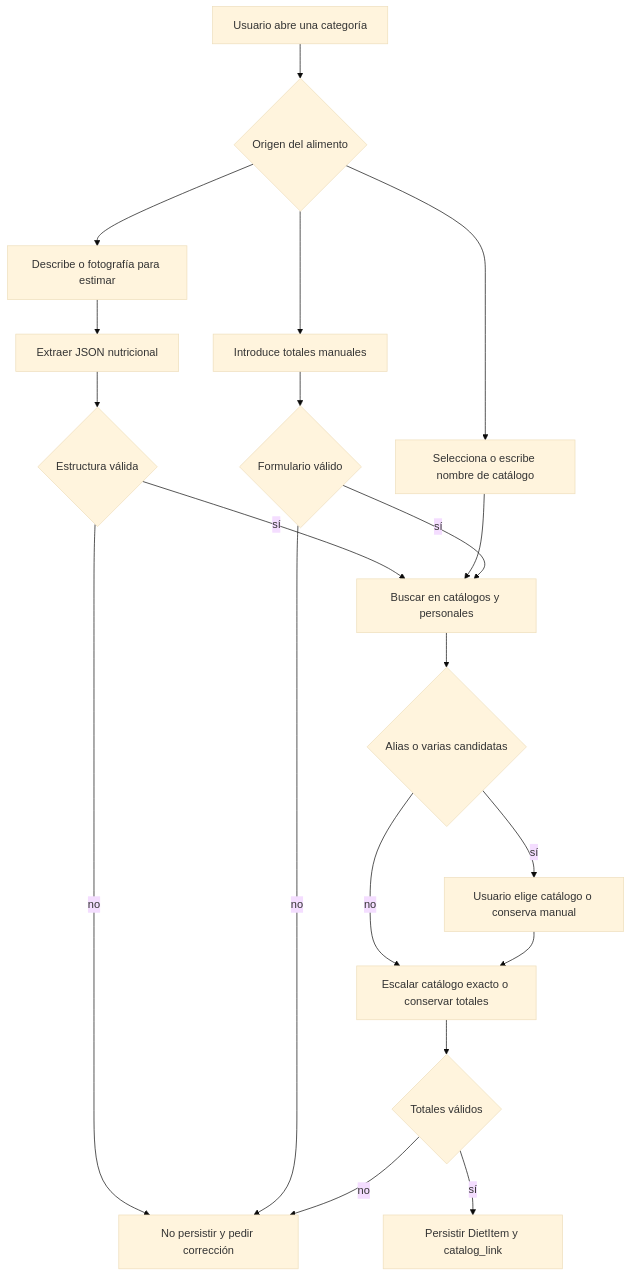
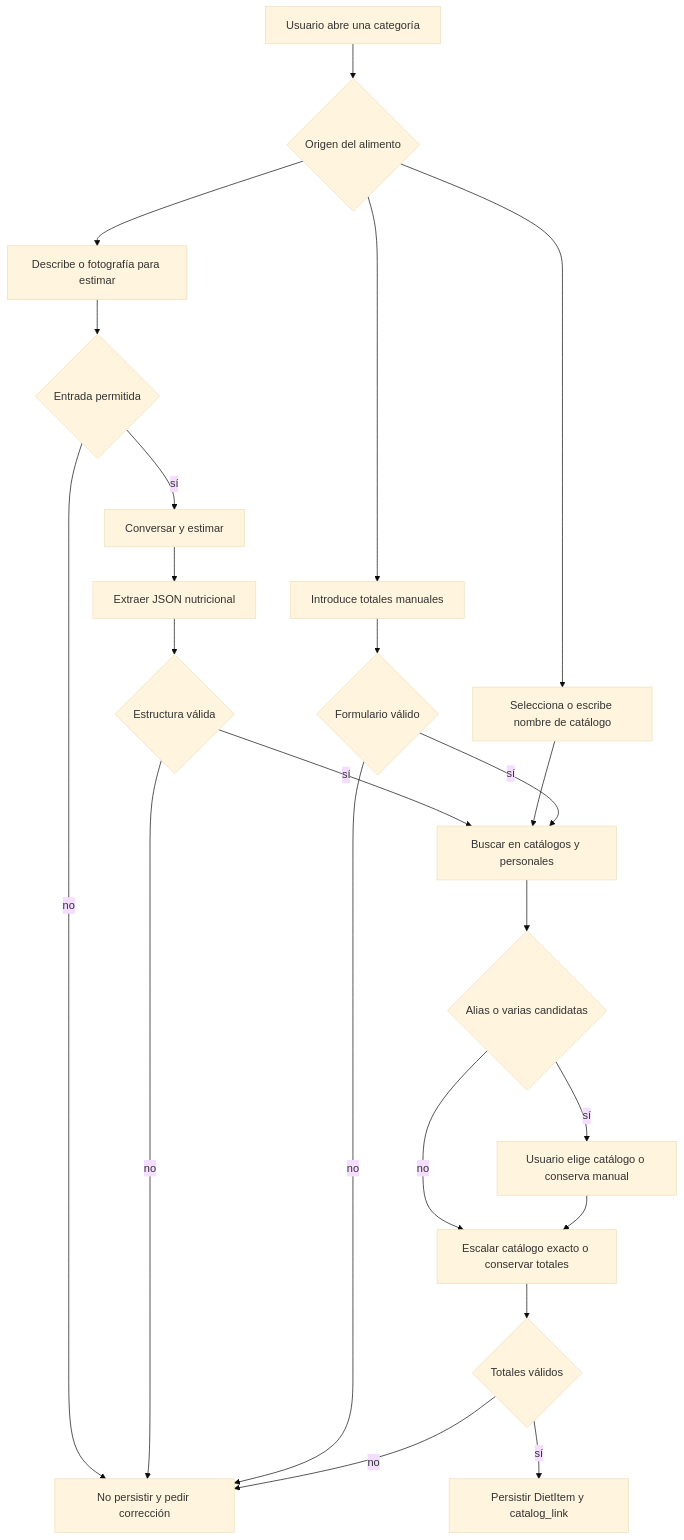
Before and after one commit to maximofn/gymnasia: the second of 2 diagrams in openwiki/mobile/diet-and-food-estimation.md, drawn with Mermaid (base theme). The commit also changed other lines of this file and 55 other files, not shown here.

````diff
--- a/openwiki/mobile/diet-and-food-estimation.md
+++ b/openwiki/mobile/diet-and-food-estimation.md
@@ -122,22 +124,25 @@
 ```mermaid
 flowchart TD
     Start["Usuario abre una categoría"] --> Route{"Origen del alimento"}
     Route --> Catalog["Selecciona o escribe nombre de catálogo"]
     Route --> Manual["Introduce totales manuales"]
     Route --> Estimate["Describe o fotografía para estimar"]
-    Estimate --> Extract["Extraer JSON nutricional"]
+    Estimate --> SafeInput{"Entrada permitida"}
+    SafeInput -->|"no"| Correct
+    SafeInput -->|"sí"| EstimateReply["Conversar y estimar"]
+    EstimateReply --> Extract["Extraer JSON nutricional"]
     Extract --> EstimateValid{"Estructura válida"}
     EstimateValid -->|"no"| Correct["No persistir y pedir corrección"]
     EstimateValid -->|"sí"| Match
     Catalog --> Match["Buscar en catálogos y personales"]
     Manual --> FormValid{"Formulario válido"}
     FormValid -->|"no"| Correct
     FormValid -->|"sí"| Match
     Match --> Ambiguous{"Alias o varias candidatas"}
     Ambiguous -->|"sí"| Choose["Usuario elige catálogo o conserva manual"]
     Ambiguous -->|"no"| Snapshot["Escalar catálogo exacto o conservar totales"]
     Choose --> Snapshot
     Snapshot --> FinalValid{"Totales válidos"}
     FinalValid -->|"no"| Correct
     FinalValid -->|"sí"| Persist["Persistir DietItem y catalog_link"]
 ```
````
